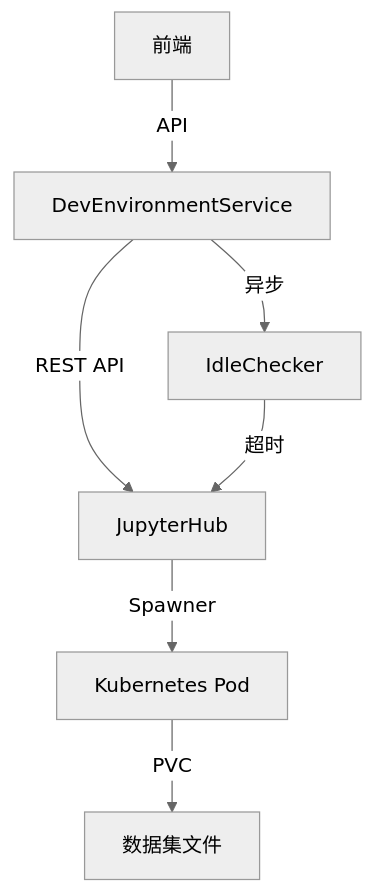
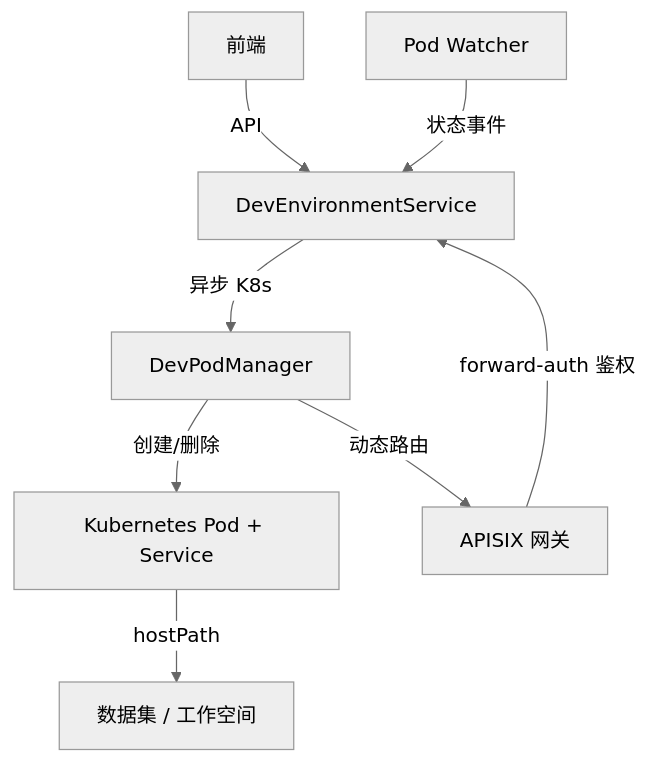
The first of 2 diagrams in docs/features/dev-environments.md (noimank/KubeAI), drawn with Mermaid (neutral theme) before and after one commit. The commit also changed other lines of this file and 22 other files, not shown here.

First line of the commit message:
🏗️ refactor: 开发环境由 JupyterHub 迁移至原生 K8s Pod + APISIX 路由

````diff
--- a/docs/features/dev-environments.md
+++ b/docs/features/dev-environments.md
@@ -17,10 +22,10 @@
 ```mermaid
 graph TD
     FRONTEND[前端] -->|API| BACKEND[DevEnvironmentService]
-    BACKEND -->|REST API| JH[JupyterHub]
-    JH -->|Spawner| K8S[Kubernetes Pod]
-    K8S -->|PVC| DATA[数据集文件]
-
-    BACKEND -->|异步| IC[IdleChecker]
-    IC -->|超时| JH
+    BACKEND -->|异步 K8s| MGR[DevPodManager]
+    MGR -->|创建/删除| K8S[Kubernetes Pod + Service]
+    MGR -->|动态路由| APISIX[APISIX 网关]
+    APISIX -->|forward-auth 鉴权| BACKEND
+    K8S -->|hostPath| DATA[数据集 / 工作空间]
+    WATCH[Pod Watcher] -->|状态事件| BACKEND
 ```
````
